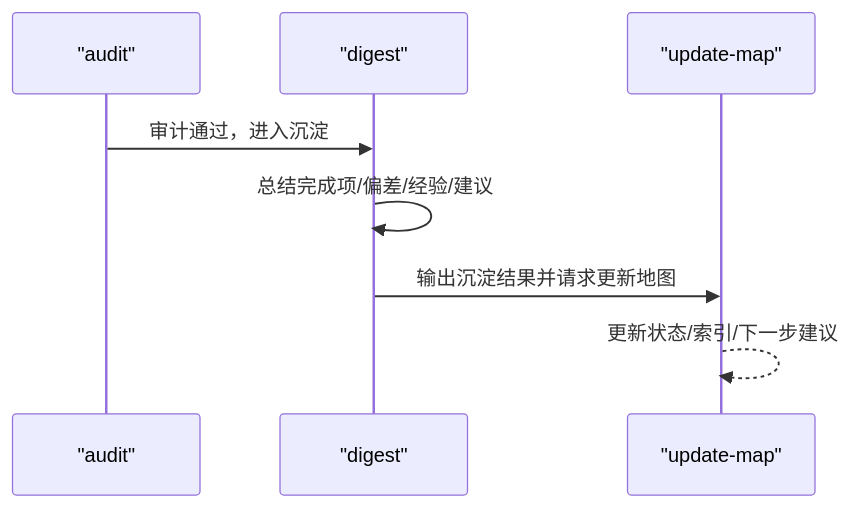
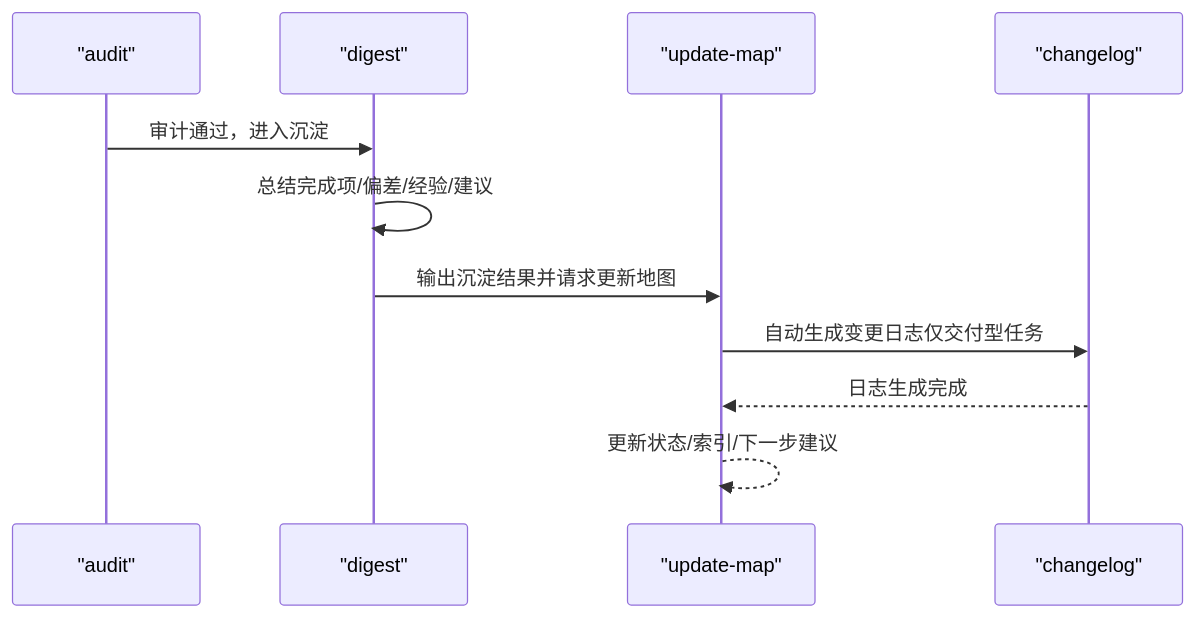
Before and after one commit to CryptoLinxu/Web3-AI-Agent: the sixth of 8 diagrams in .qoder/repowiki/zh/content/辅助技能详解/地图更新技能 (Update-Map).md, drawn with Mermaid. The commit also changed other lines of this file and 10 other files, not shown here.

````diff
--- a/.qoder/repowiki/zh/content/辅助技能详解/地图更新技能 (Update-Map).md
+++ b/.qoder/repowiki/zh/content/辅助技能详解/地图更新技能 (Update-Map).md
@@ -235,10 +279,13 @@
 ```mermaid
 sequenceDiagram
 participant R as "audit"
 participant D as "digest"
 participant M as "update-map"
+participant L as "changelog"
 R->>D : 审计通过，进入沉淀
 D->>D : 总结完成项/偏差/经验/建议
 D->>M : 输出沉淀结果并请求更新地图
+M->>L : 自动生成变更日志仅交付型任务
+L-->>M : 日志生成完成
 M-->>M : 更新状态/索引/下一步建议
 ```
````
